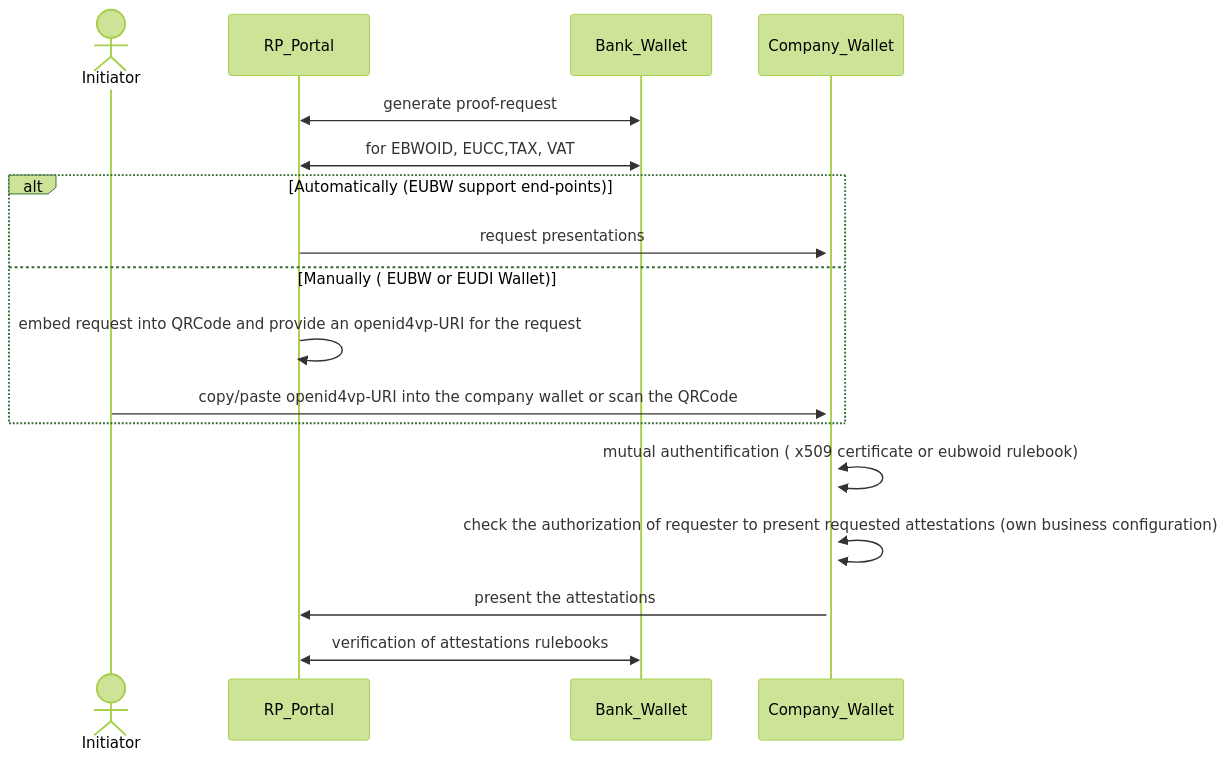
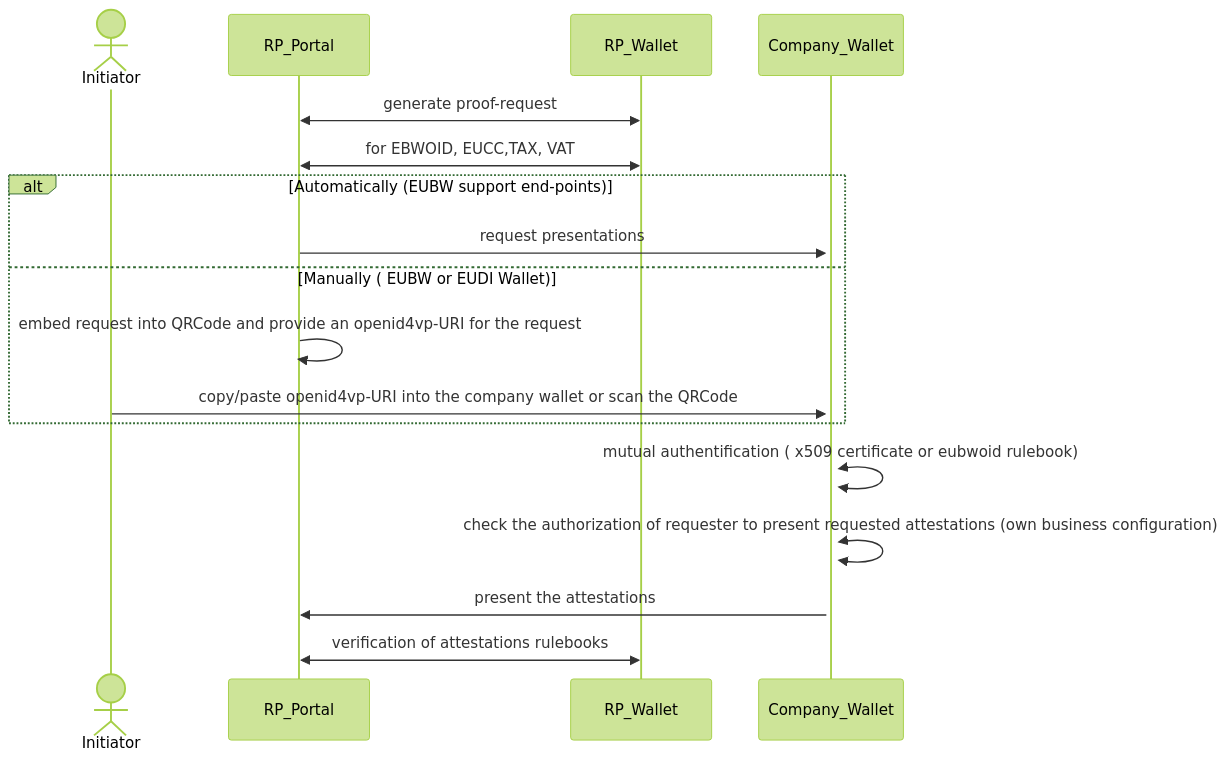
The third of 9 diagrams in BU1/BU1_KYS.md (DominicHurni/wp3-technology-standards), drawn with Mermaid (forest theme) before and after one commit. The commit also changed other lines of this file and 1 other file, not shown here.

````diff
--- a/BU1/BU1_KYS.md
+++ b/BU1/BU1_KYS.md
@@ -86,16 +86,16 @@
 ```mermaid
 sequenceDiagram
     actor Initiator
-    RP_Portal<<->>Bank_Wallet: generate proof-request
-    RP_Portal<<->>Bank_Wallet: for EBWOID, EUCC,TAX, VAT
+    RP_Portal<<->>RP_Wallet: generate proof-request
+    RP_Portal<<->>RP_Wallet: for EBWOID, EUCC,TAX, VAT
     alt Automatically (EUBW support end-points)
         RP_Portal->>+Company_Wallet: request presentations 
     else Manually ( EUBW or EUDI Wallet)
         RP_Portal->>RP_Portal: embed request into QRCode and provide an openid4vp-URI for the request
         Initiator->>+Company_Wallet: copy/paste openid4vp-URI into the company wallet or scan the QRCode
     end
     Company_Wallet<<->>Company_Wallet: mutual authentification ( x509 certificate or eubwoid rulebook)
     Company_Wallet<<->>Company_Wallet: check the authorization of requester to present requested attestations (own business configuration)
     Company_Wallet->>RP_Portal: present the attestations
-    RP_Portal<<->>Bank_Wallet: verification of attestations rulebooks
+    RP_Portal<<->>RP_Wallet: verification of attestations rulebooks
 ```
````
